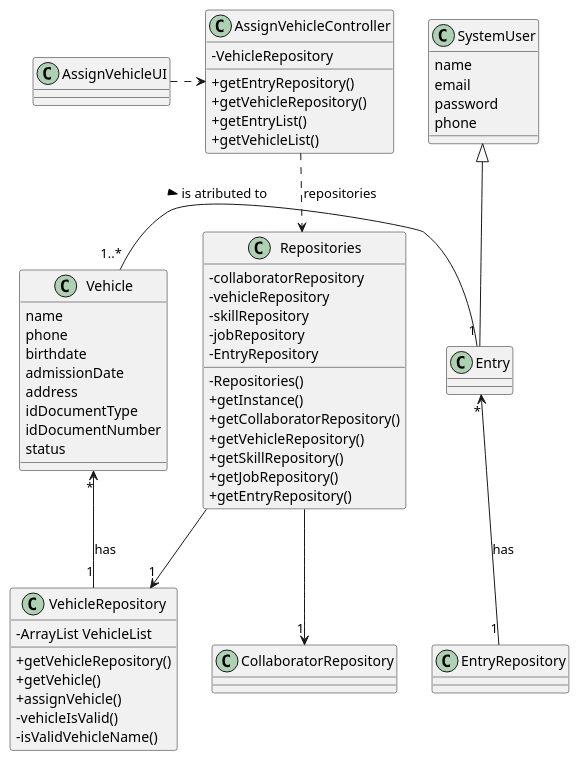
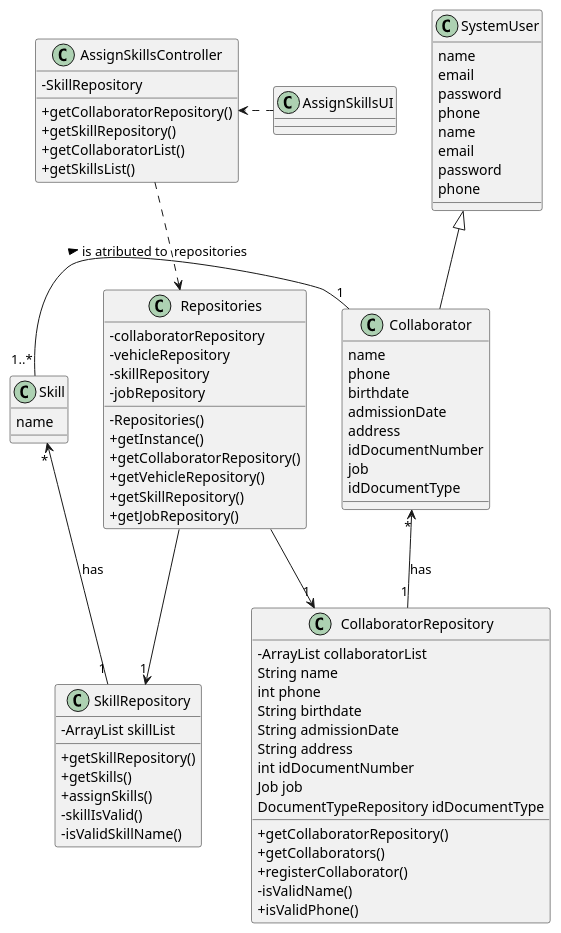
One commit to Departamento-de-Engenharia-Informatica/lei-24-s2-1do-g164 changed the diagram in docs/sprintB/us004/03.design/puml/us004-class-diagram.puml. Above: the diagram before and after it, drawn with PlantUML. The commit also changed 1 other file, not shown here.

```diff
--- a/docs/sprintB/us004/03.design/puml/us004-class-diagram.puml
+++ b/docs/sprintB/us004/03.design/puml/us004-class-diagram.puml
@@ -1,78 +1,102 @@
 @startuml
 skinparam classAttributeIconSize 0
 skinparam monochrome false
 skinparam packageStyle rectangle
 skinparam shadowing false
 skinparam linetype polyline
 skinparam linetype orto
 
 
 class SystemUser {
     name
     email
     password
     phone
 }
 
-class EntryRepository {
-
-
+class CollaboratorRepository {
+    - ArrayList collaboratorList
+    String name
+    int phone
+    String birthdate
+    String admissionDate
+    String address
+    int idDocumentNumber
+    Job job
+    DocumentTypeRepository idDocumentType
+    + getCollaboratorRepository()
+    + getCollaborators()
+    + registerCollaborator()
+    - isValidName()
+    + isValidPhone()
+}
+class Collaborator{
+name
+phone
+birthdate
+admissionDate
+address
+idDocumentNumber
+job
+idDocumentType
 }
 
 
 class Repositories {
     - collaboratorRepository
     - vehicleRepository
     - skillRepository
     - jobRepository
-    - EntryRepository
+
     - Repositories()
     + getInstance()
     + getCollaboratorRepository()
     + getVehicleRepository()
     + getSkillRepository()
     + getJobRepository()
-    + getEntryRepository()
+
+}
+class SystemUser {
+    name
+    email
+    password
+    phone
+
+}
+class AssignSkillsController{
+-SkillRepository
++getCollaboratorRepository()
++getSkillRepository()
++getCollaboratorList()
++getSkillsList()
 
 }
 
-class AssignVehicleController{
--VehicleRepository
-+getEntryRepository()
-+getVehicleRepository()
-+getEntryList()
-+getVehicleList()
+class AssignSkillsUI{
 
 }
 
 
 
-class VehicleRepository {
-    - ArrayList VehicleList
-    + getVehicleRepository()
-    + getVehicle()
-    + assignVehicle()
-    - vehicleIsValid()
-    - isValidVehicleName()
+class SkillRepository {
+    - ArrayList skillList
+    + getSkillRepository()
+    + getSkills()
+    + assignSkills()
+    - skillIsValid()
+    - isValidSkillName()
 }
 
-class Vehicle {
-      name
-      phone
-      birthdate
-      admissionDate
-      address
-      idDocumentType
-      idDocumentNumber
-      status
+class Skill {
+    name
 }
 Repositories -->"1" CollaboratorRepository
-Repositories -->"1" VehicleRepository
-Vehicle "*" <-- "1" VehicleRepository : has
-Entry "*" <-- "1" EntryRepository : has
-Vehicle "1..*" - "1" Entry: is atributed to >
-SystemUser <|-- Entry
-AssignVehicleUI .> AssignVehicleController
-AssignVehicleController ..> Repositories : repositories
+Repositories -->"1" SkillRepository
+Skill "*" <-- "1" SkillRepository : has
+Collaborator "*" <-- "1" CollaboratorRepository : has
+Skill "1..*" - "1" Collaborator: is atributed to >
+SystemUser <|-- Collaborator
+AssignSkillsUI .> AssignSkillsController
+AssignSkillsController ..> Repositories : repositories
 
 @enduml
```
